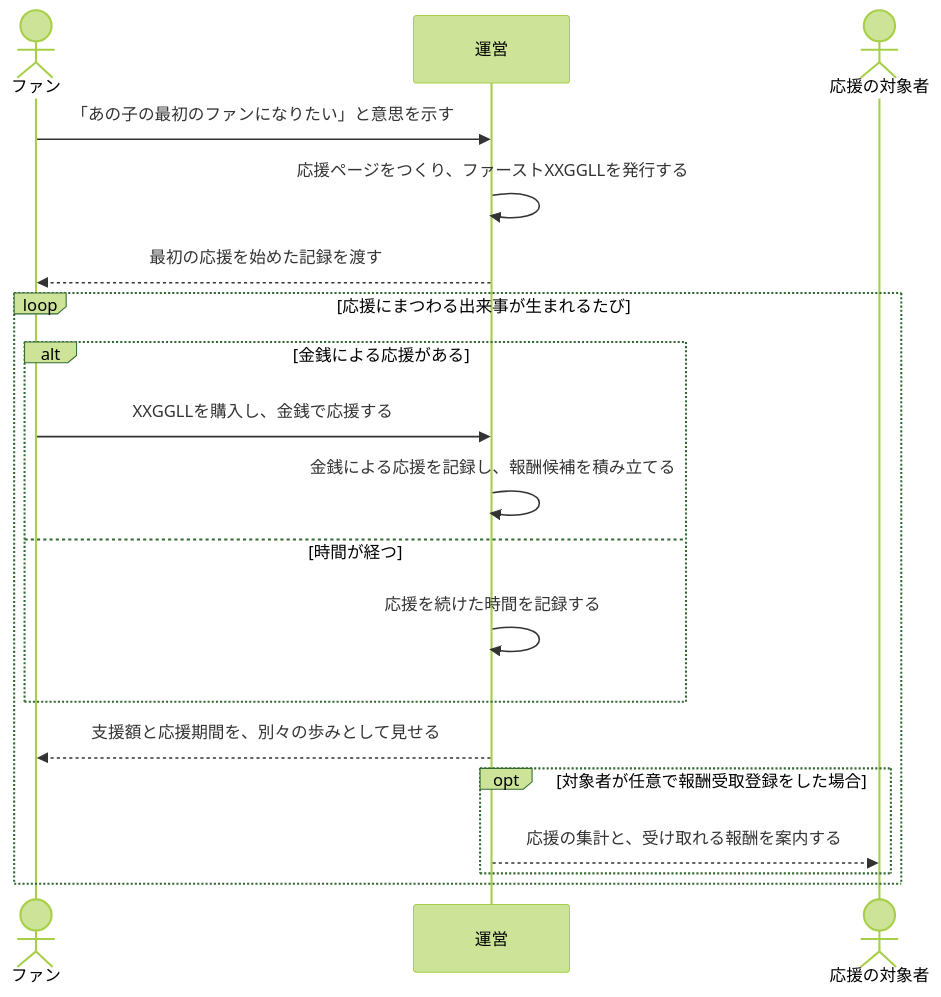
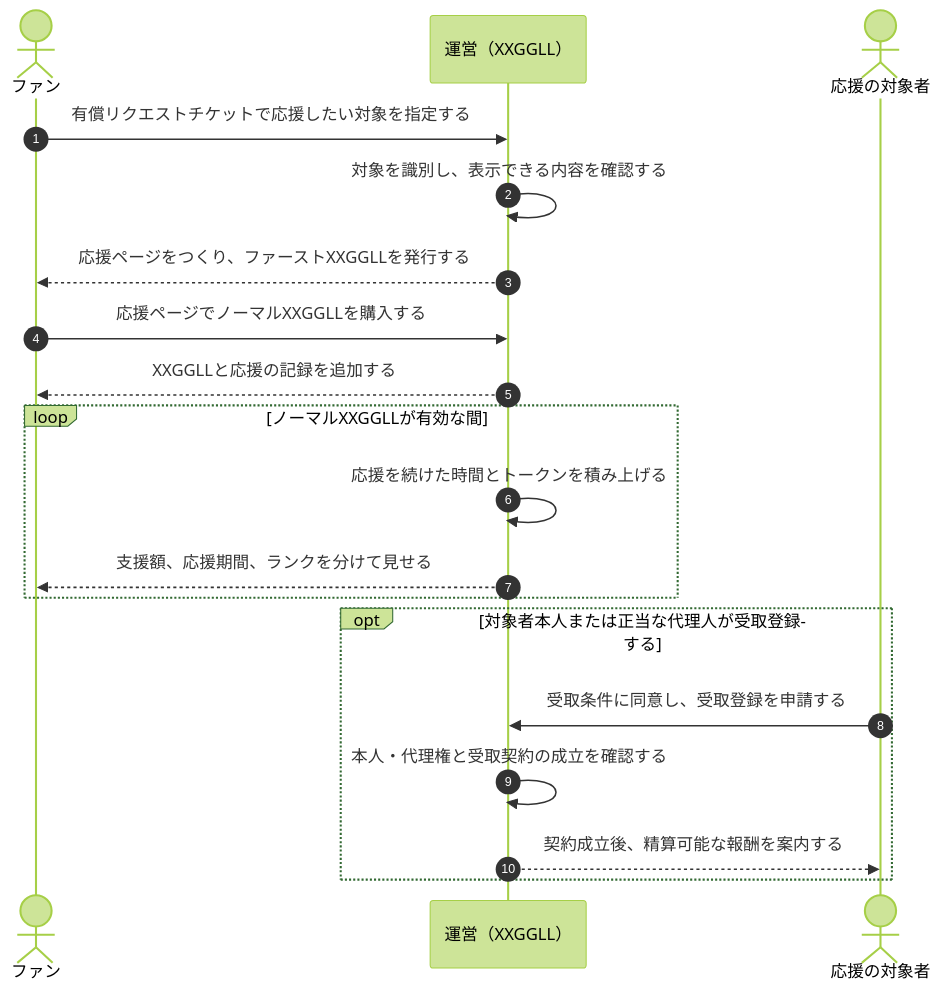
The diagram in docs/apps/XXGGLL/new-concept/overview.md (odokura/odokura-hp), drawn with Mermaid (forest theme) before and after one commit. The commit also changed other lines of this file and 5 other files, not shown here.

````diff
--- a/docs/apps/XXGGLL/new-concept/overview.md
+++ b/docs/apps/XXGGLL/new-concept/overview.md
@@ -20,22 +20,22 @@
 ```mermaid
 sequenceDiagram
+    autonumber
     actor Fan as ファン
-    participant XXGGLL as 運営
+    participant Operator as 運営（XXGGLL）
     actor Target as 応援の対象者
 
-    Fan->>XXGGLL: 「あの子の最初のファンになりたい」と意思を示す
-    XXGGLL->>XXGGLL: 応援ページをつくり、ファーストXXGGLLを発行する
-    XXGGLL-->>Fan: 最初の応援を始めた記録を渡す
-    loop 応援にまつわる出来事が生まれるたび
-        alt 金銭による応援がある
-            Fan->>XXGGLL: XXGGLLを購入し、金銭で応援する
-            XXGGLL->>XXGGLL: 金銭による応援を記録し、報酬候補を積み立てる
-        else 時間が経つ
-            XXGGLL->>XXGGLL: 応援を続けた時間を記録する
-        end
-        XXGGLL-->>Fan: 支援額と応援期間を、別々の歩みとして見せる
-        opt 対象者が任意で報酬受取登録をした場合
-            XXGGLL-->>Target: 応援の集計と、受け取れる報酬を案内する
-        end
+    Fan->>Operator: 有償リクエストチケットで応援したい対象を指定する
+    Operator->>Operator: 対象を識別し、表示できる内容を確認する
+    Operator-->>Fan: 応援ページをつくり、ファーストXXGGLLを発行する
+    Fan->>Operator: 応援ページでノーマルXXGGLLを購入する
+    Operator-->>Fan: XXGGLLと応援の記録を追加する
+    loop ノーマルXXGGLLが有効な間
+        Operator->>Operator: 応援を続けた時間とトークンを積み上げる
+        Operator-->>Fan: 支援額、応援期間、ランクを分けて見せる
+    end
+    opt 対象者本人または正当な代理人が受取登録する
+        Target->>Operator: 受取条件に同意し、受取登録を申請する
+        Operator->>Operator: 本人・代理権と受取契約の成立を確認する
+        Operator-->>Target: 契約成立後、精算可能な報酬を案内する
     end
 ```
````
